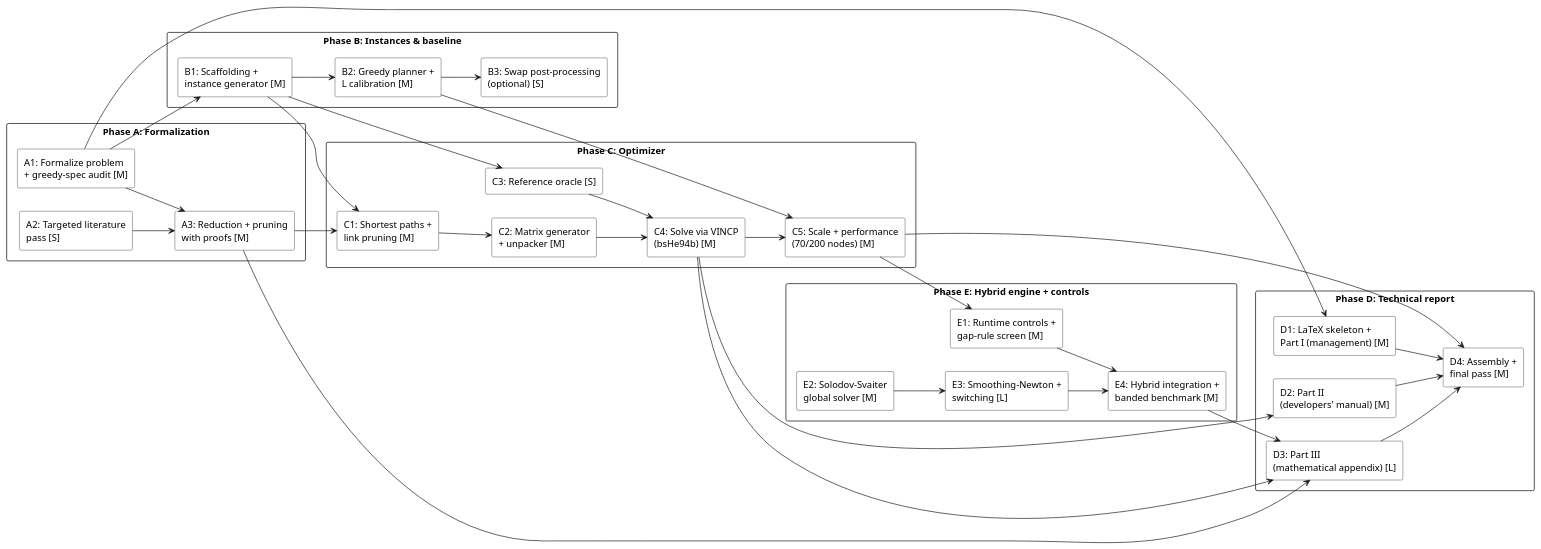
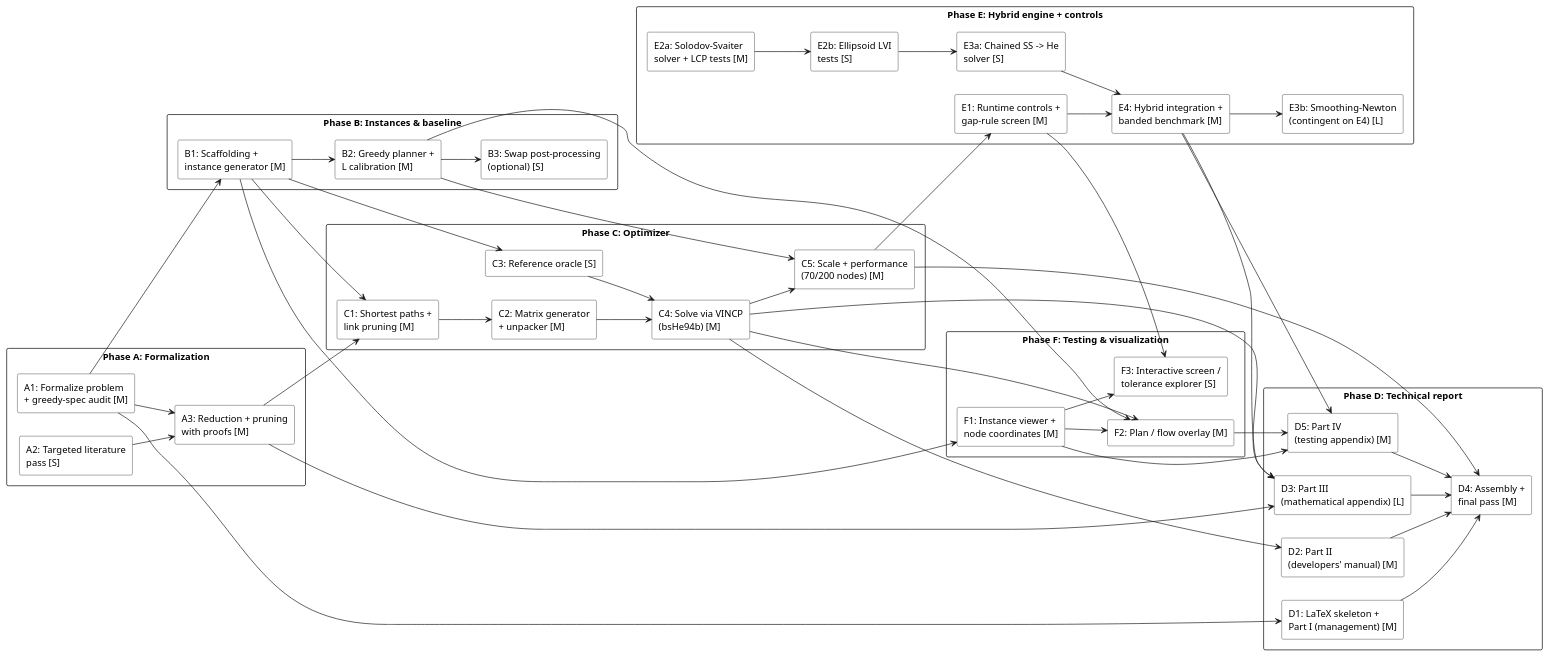
The diagram in visolver/network/pert.puml (bwise-7365/titan-alloy), drawn with PlantUML before and after one commit. The commit also changed 36 other files, not shown here.

```diff
--- a/visolver/network/pert.puml
+++ b/visolver/network/pert.puml
@@ -1,75 +1,96 @@
 @startuml pert
 ' ----------------------------------------------
 ' Copyright Ben Paul Wise. All Rights Reserved.
 ' ----------------------------------------------
 ' PERT chart for the network flow-planning solver.
 ' Boxes = tasks (see plan.md ledger for full text and status);
 ' every box completion is a review gate (progress + usage budget).
 ' ----------------------------------------------
 left to right direction
 skinparam rectangle {
   BackgroundColor White
   BorderColor Black
 }
 
 rectangle "Phase A: Formalization" as PA {
   rectangle "A1: Formalize problem\n+ greedy-spec audit [M]" as A1
   rectangle "A2: Targeted literature\npass [S]" as A2
   rectangle "A3: Reduction + pruning\nwith proofs [M]" as A3
 }
 
 rectangle "Phase B: Instances & baseline" as PB {
   rectangle "B1: Scaffolding +\ninstance generator [M]" as B1
   rectangle "B2: Greedy planner +\nL calibration [M]" as B2
   rectangle "B3: Swap post-processing\n(optional) [S]" as B3
 }
 
 rectangle "Phase C: Optimizer" as PC {
   rectangle "C1: Shortest paths +\nlink pruning [M]" as C1
   rectangle "C2: Matrix generator\n+ unpacker [M]" as C2
   rectangle "C3: Reference oracle [S]" as C3
   rectangle "C4: Solve via VINCP\n(bsHe94b) [M]" as C4
   rectangle "C5: Scale + performance\n(70/200 nodes) [M]" as C5
 }
 
 rectangle "Phase E: Hybrid engine + controls" as PE {
   rectangle "E1: Runtime controls +\ngap-rule screen [M]" as E1
-  rectangle "E2: Solodov-Svaiter\nglobal solver [M]" as E2
-  rectangle "E3: Smoothing-Newton +\nswitching [L]" as E3
+  rectangle "E2a: Solodov-Svaiter\nsolver + LCP tests [M]" as E2
+  rectangle "E2b: Ellipsoid LVI\ntests [S]" as E2B
+  rectangle "E3a: Chained SS -> He\nsolver [S]" as E3
+  rectangle "E3b: Smoothing-Newton\n(contingent on E4) [L]" as E3B
   rectangle "E4: Hybrid integration +\nbanded benchmark [M]" as E4
+}
+
+rectangle "Phase F: Testing & visualization" as PF {
+  rectangle "F1: Instance viewer +\nnode coordinates [M]" as F1
+  rectangle "F2: Plan / flow overlay [M]" as F2
+  rectangle "F3: Interactive screen /\ntolerance explorer [S]" as F3
 }
 
 rectangle "Phase D: Technical report" as PD {
   rectangle "D1: LaTeX skeleton +\nPart I (management) [M]" as D1
   rectangle "D2: Part II\n(developers' manual) [M]" as D2
   rectangle "D3: Part III\n(mathematical appendix) [L]" as D3
+  rectangle "D5: Part IV\n(testing appendix) [M]" as D5
   rectangle "D4: Assembly +\nfinal pass [M]" as D4
 }
 
 A1 --> A3
 A2 --> A3
 A1 --> B1
 B1 --> B2
 B2 --> B3
 A3 --> C1
 B1 --> C1
 C1 --> C2
 B1 --> C3
 C2 --> C4
 C3 --> C4
 C4 --> C5
 B2 --> C5
 C5 --> E1
-E2 --> E3
+E2 --> E2B
+E2B --> E3
 E1 --> E4
 E3 --> E4
+E4 --> E3B
+B1 --> F1
+F1 --> F2
+B2 --> F2
+C4 --> F2
+E1 --> F3
+F1 --> F3
 A1 --> D1
 C4 --> D2
 A3 --> D3
 C4 --> D3
 E4 --> D3
+E4 --> D5
+F1 --> D5
+F2 --> D5
 D1 --> D4
 D2 --> D4
 D3 --> D4
+D5 --> D4
 C5 --> D4
 @enduml
```
